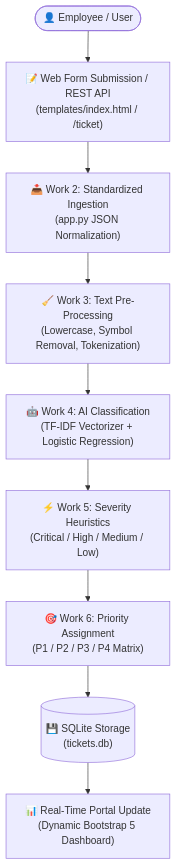
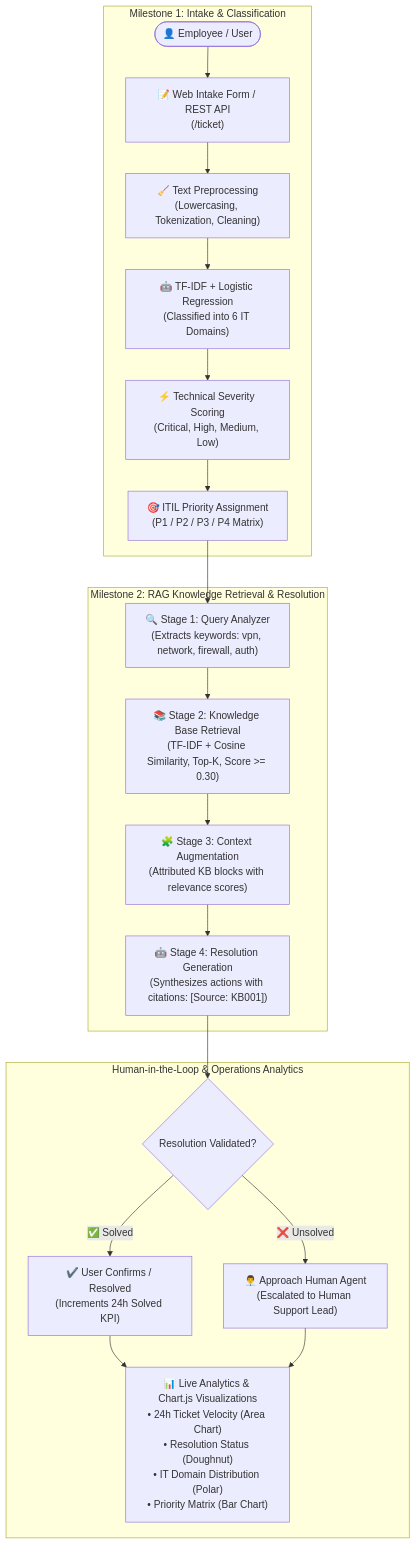
One commit to Sharan-source/SupportPilot-AI changed the first of 2 diagrams in README.md. Above: the diagram before and after it, drawn with Mermaid. The commit also changed other lines of this file and 3 other files, not shown here.

Commit message:
Docs: Add dedicated Milestone 2 README and update root architecture flowcharts

````diff
--- a/README.md
+++ b/README.md
@@ -18,11 +21,25 @@
 ```mermaid
 flowchart TD
-    User(["👤 Employee / User"]) --> Form["📝 Web Form Submission / REST API\n(templates/index.html / /ticket)"]
-    Form --> Ingest["📥 Work 2: Standardized Ingestion\n(app.py JSON Normalization)"]
-    Ingest --> Preprocess["🧹 Work 3: Text Pre-Processing\n(Lowercase, Symbol Removal, Tokenization)"]
-    Preprocess --> Model["🤖 Work 4: AI Classification\n(TF-IDF Vectorizer + Logistic Regression)"]
-    Model --> Severity["⚡ Work 5: Severity Heuristics\n(Critical / High / Medium / Low)"]
-    Severity --> Priority["🎯 Work 6: Priority Assignment\n(P1 / P2 / P3 / P4 Matrix)"]
-    Priority --> DB[("💾 SQLite Storage\n(tickets.db)")]
-    DB --> Dashboard["📊 Real-Time Portal Update\n(Dynamic Bootstrap 5 Dashboard)"]
+    subgraph M1 ["Milestone 1: Intake & Classification"]
+        User(["👤 Employee / User"]) --> Intake["📝 Web Intake Form / REST API\n(/ticket)"]
+        Intake --> Preprocess["🧹 Text Preprocessing\n(Lowercasing, Tokenization, Cleaning)"]
+        Preprocess --> Classifier["🤖 TF-IDF + Logistic Regression\n(Classified into 6 IT Domains)"]
+        Classifier --> Severity["⚡ Technical Severity Scoring\n(Critical, High, Medium, Low)"]
+        Severity --> Priority["🎯 ITIL Priority Assignment\n(P1 / P2 / P3 / P4 Matrix)"]
+    end
+
+    subgraph M2 ["Milestone 2: RAG Knowledge Retrieval & Resolution"]
+        Priority --> Analyzer["🔍 Stage 1: Query Analyzer\n(Extracts keywords: vpn, network, firewall, auth)"]
+        Analyzer --> Retriever["📚 Stage 2: Knowledge Base Retrieval\n(TF-IDF + Cosine Similarity, Top-K, Score >= 0.30)"]
+        Retriever --> Context["🧩 Stage 3: Context Augmentation\n(Attributed KB blocks with relevance scores)"]
+        Context --> Generator["🤖 Stage 4: Resolution Generation\n(Synthesizes actions with citations: [Source: KB001])"]
+    end
+
+    subgraph Feedback ["Human-in-the-Loop & Operations Analytics"]
+        Generator --> Validation{"Resolution Validated?"}
+        Validation -- "✅ Solved" --> Solved["✔️ User Confirms / Resolved\n(Increments 24h Solved KPI)"]
+        Validation -- "❌ Unsolved" --> Escalate["👨‍💼 Approach Human Agent\n(Escalated to Human Support Lead)"]
+        Solved --> Analytics["📊 Live Analytics & Chart.js Visualizations\n• 24h Ticket Velocity (Area Chart)\n• Resolution Status (Doughnut)\n• IT Domain Distribution (Polar)\n• Priority Matrix (Bar Chart)"]
+        Escalate --> Analytics
+    end
 ```
````
